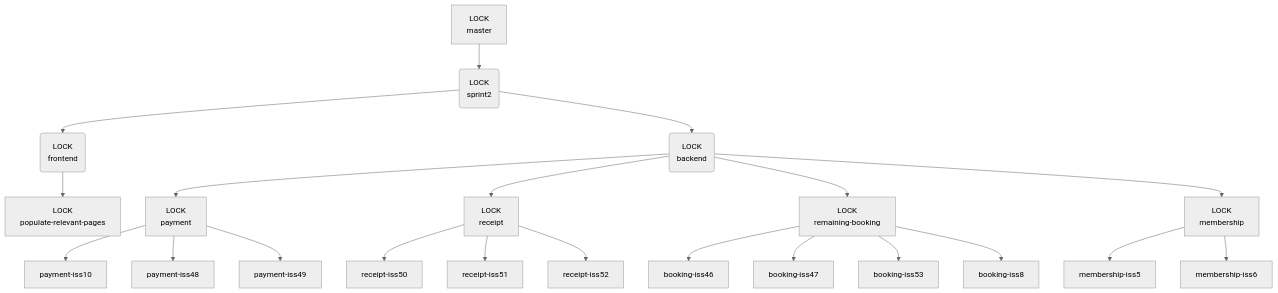
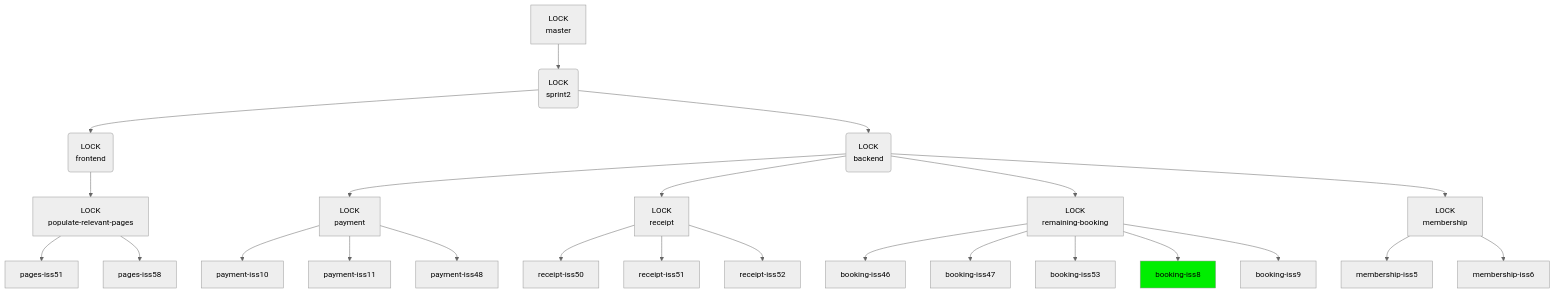
The diagram in Documentation/Git-Branching-Structure.md (jtarbard/Software-Engineering-Project-Wiki), drawn with Mermaid (neutral theme) before and after one commit. The commit also changed other lines of this file, not shown here.

````diff
--- a/Documentation/Git-Branching-Structure.md
+++ b/Documentation/Git-Branching-Structure.md
@@ -28,28 +28,35 @@
 ```mermaid
 graph TD
   master[LOCK <br> master] --> sprint2(LOCK <br> sprint2)
   sprint2 --> frontend(LOCK <br> frontend)
   sprint2 --> backend(LOCK <br> backend)
 
-  frontend --> populate[LOCK <br> populate-relevant-pages]
+  frontend --> pages[LOCK <br> populate-relevant-pages]
+
+  pages --> pages-iss51
+  pages --> pages-iss58
+
   backend --> payment[LOCK <br> payment]
   backend --> receipt[LOCK <br> receipt]
   backend --> booking[LOCK <br> remaining-booking]
   backend --> membership[LOCK <br> membership]
 
   booking --> booking-iss46
   booking --> booking-iss47
   booking --> booking-iss53
   booking --> booking-iss8
+  booking --> booking-iss9
+
+  style booking-iss8 fill:#00EE00
 
   payment --> payment-iss10
+  payment --> payment-iss11
   payment --> payment-iss48
-  payment --> payment-iss49
   
   receipt --> receipt-iss50
   receipt --> receipt-iss51
   receipt --> receipt-iss52
   
   membership --> membership-iss5
   membership --> membership-iss6
 ```
````
